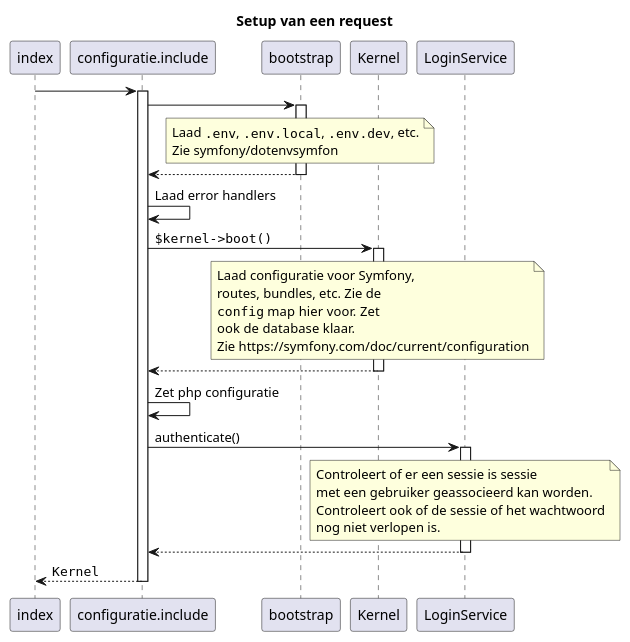
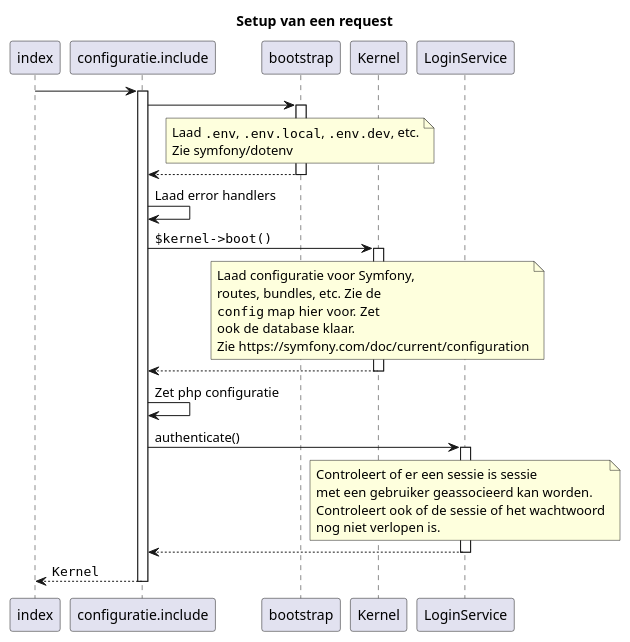
Before and after one commit to csrdelft/csrdelft.nl: the diagram in docs/request/02_request_setup.puml, drawn with PlantUML. The commit also changed 9 other files, not shown here.

```diff
--- a/docs/request/02_request_setup.puml
+++ b/docs/request/02_request_setup.puml
@@ -1,30 +1,30 @@
 @startuml
 title: Setup van een request
 index -> configuratie.include ++
 configuratie.include -> bootstrap ++
 note over bootstrap
 Laad "".env"", "".env.local"", "".env.dev"", etc.
-Zie symfony/dotenvsymfon
+Zie symfony/dotenv
 end note
 return
 configuratie.include -> configuratie.include : Laad error handlers
 configuratie.include -> Kernel ++ : ""$kernel->boot()""
 note over Kernel
 Laad configuratie voor Symfony,
 routes, bundles, etc. Zie de
 ""config"" map hier voor. Zet
 ook de database klaar.
 Zie https://symfony.com/doc/current/configuration
 end note
 return
 configuratie.include -> configuratie.include : Zet php configuratie
 configuratie.include -> LoginService ++ : authenticate()
 note over LoginService
 Controleert of er een sessie is sessie
 met een gebruiker geassocieerd kan worden.
 Controleert ook of de sessie of het wachtwoord
 nog niet verlopen is.
 end note
 return
 return ""Kernel""
 @enduml
```
